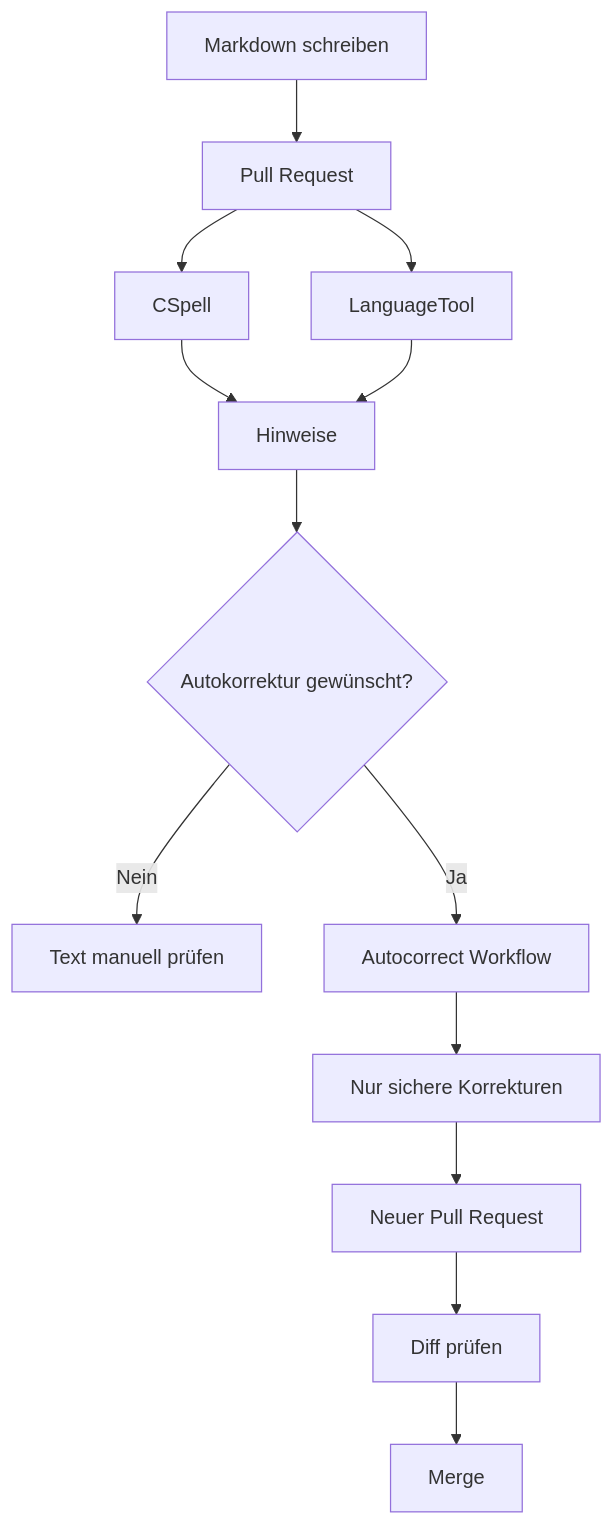
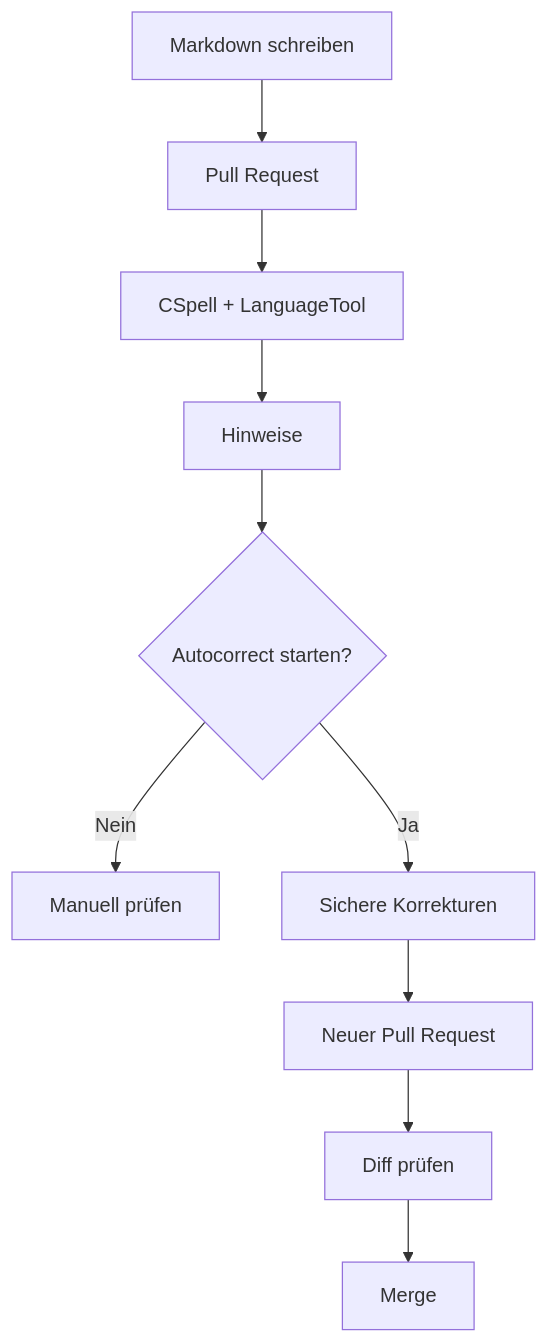
The diagram in posts/2026-08-21-rechtschreib-pipeline-trotz-legasthenie.md (0b-ivan/Blog), drawn with Mermaid before and after one commit. The commit also changed other lines of this file, not shown here.

````diff
--- a/posts/2026-08-21-rechtschreib-pipeline-trotz-legasthenie.md
+++ b/posts/2026-08-21-rechtschreib-pipeline-trotz-legasthenie.md
@@ -32,15 +36,12 @@
 ```mermaid
 flowchart TD
     A[Markdown schreiben] --> B[Pull Request]
-    B --> C[CSpell]
-    B --> D[LanguageTool]
-    C --> E[Hinweise]
-    D --> E
-    E --> F{Autokorrektur gewünscht?}
-    F -->|Nein| G[Text manuell prüfen]
-    F -->|Ja| H[Autocorrect Workflow]
-    H --> I[Nur sichere Korrekturen]
-    I --> J[Neuer Pull Request]
-    J --> K[Diff prüfen]
-    K --> L[Merge]
+    B --> C[CSpell + LanguageTool]
+    C --> D[Hinweise]
+    D --> E{Autocorrect starten?}
+    E -->|Nein| F[Manuell prüfen]
+    E -->|Ja| G[Sichere Korrekturen]
+    G --> H[Neuer Pull Request]
+    H --> I[Diff prüfen]
+    I --> J[Merge]
 ```
````
